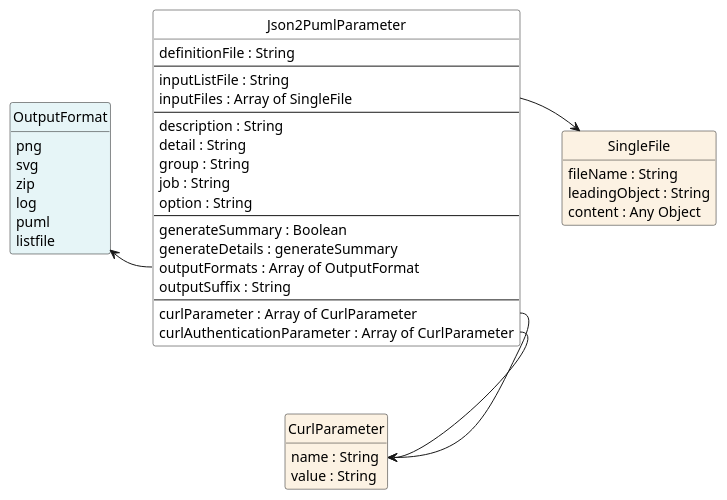
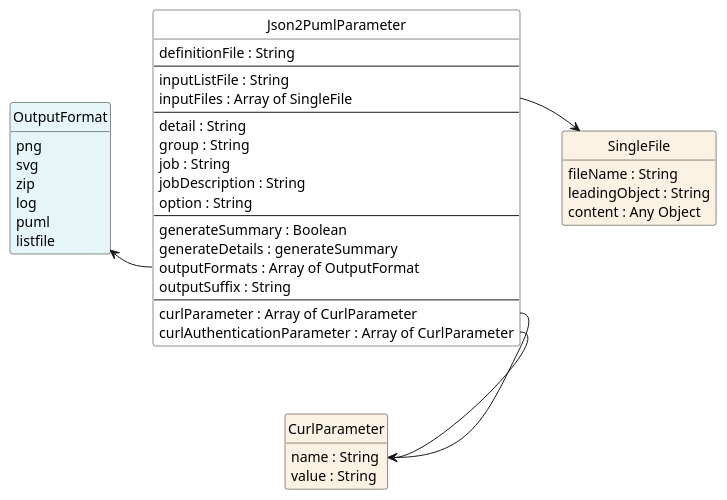
One commit to jfudickar/json2puml changed the diagram in documentation/models/parameterfile/parameterfile.puml. Above: the diagram before and after it, drawn with PlantUML. The commit also changed 3 other files, not shown here.

```diff
--- a/documentation/models/parameterfile/parameterfile.puml
+++ b/documentation/models/parameterfile/parameterfile.puml
@@ -1,60 +1,60 @@
 @startuml
 hide circle
 hide methods
 hide stereotype
 show <<Enumeration>> stereotype
 skinparam class {
    BackgroundColor<<Enumeration>> #E6F5F7
    BackgroundColor<<Ref>> #FFFFE0
    BackgroundColor<<Pivot>> #FFFFFFF
    BackgroundColor #FCF2E3
 }
 
 class OutputFormat <<Enumeration>> {
     png
     svg
     zip
     log
     puml
     listfile
 }
 
 class CurlParameter{
    name : String
    value : String
 }
 
 class SingleFile {
    fileName : String
    leadingObject : String
    content : Any Object
 }
 
 class Json2PumlParameter <<Pivot>>{
    definitionFile : String
    --
    inputListFile : String
    inputFiles : Array of SingleFile
    --
-	description : String
    detail : String
    group : String
    job : String
+	jobDescription : String
    option : String
    --
    generateSummary : Boolean
    generateDetails : generateSummary
    outputFormats : Array of OutputFormat 
    outputSuffix : String
   --
    curlParameter : Array of CurlParameter
    curlAuthenticationParameter : Array of CurlParameter
 }
 
 Json2PumlParameter::outputFormats -left-> OutputFormat
 Json2PumlParameter::inputFiles -right-> SingleFile
 Json2PumlParameter::curlParameter --> CurlParameter::name
 Json2PumlParameter::curlAuthenticationParameter --> CurlParameter::name
 
 
 @enduml
```
